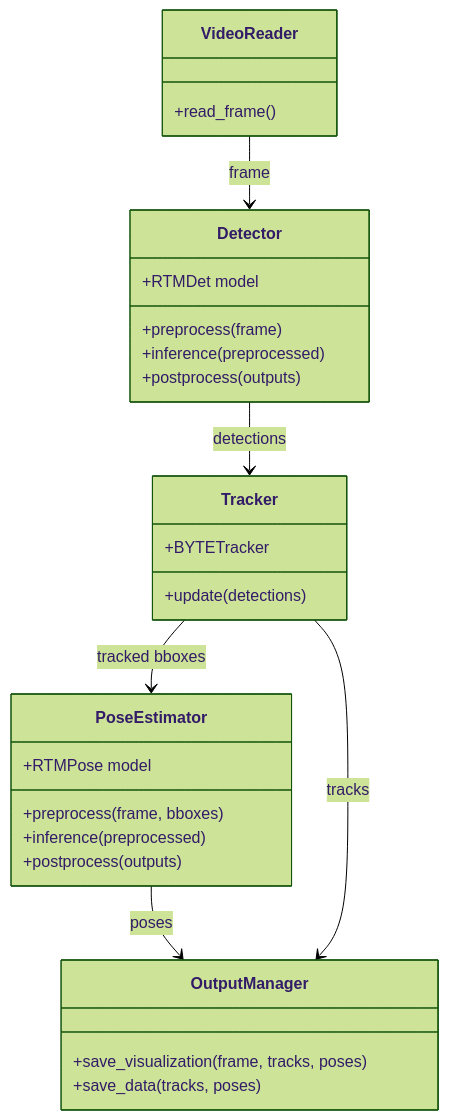
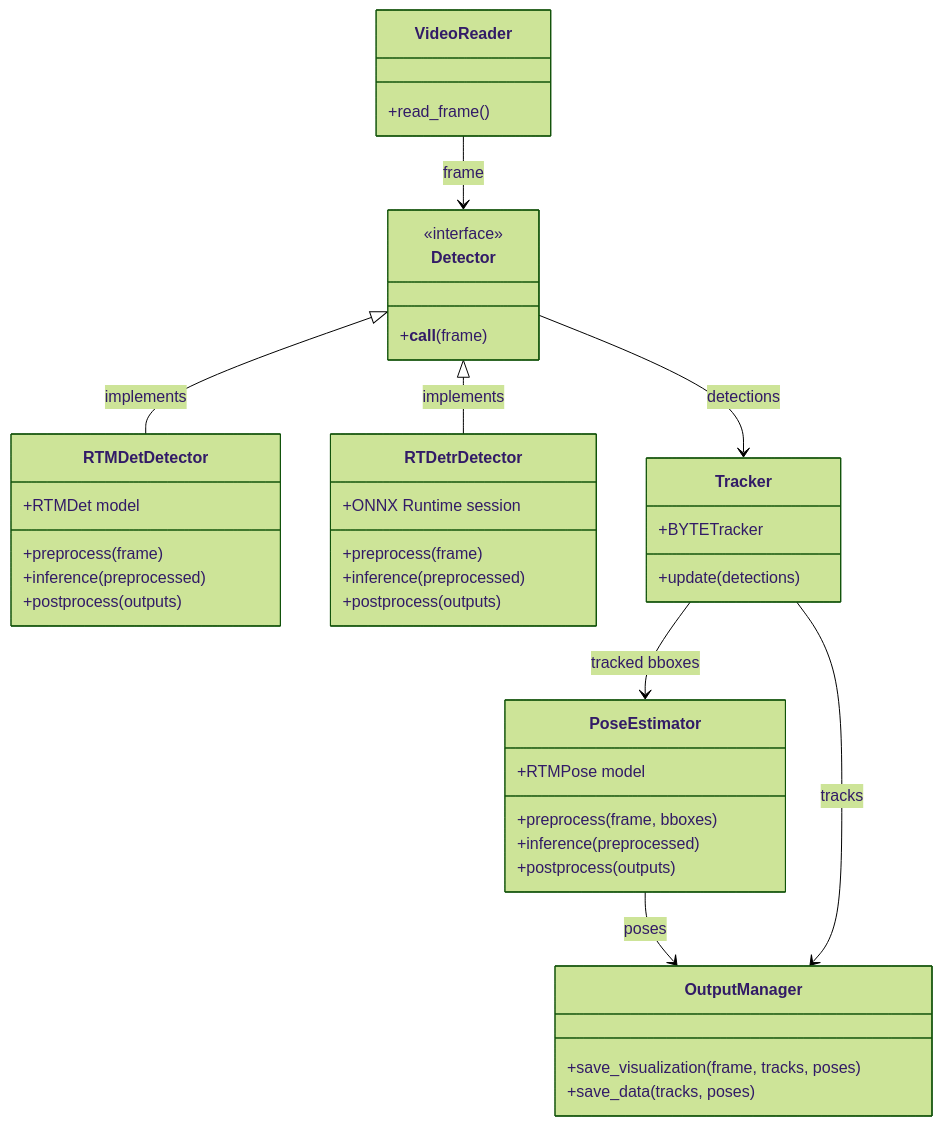
The third of 3 diagrams in memory-bank/systemPatterns.md (f-fraysse/HPE_volleyball), drawn with Mermaid (forest theme) before and after one commit. The commit also changed other lines of this file and 10 other files, not shown here.

````diff
--- a/memory-bank/systemPatterns.md
+++ b/memory-bank/systemPatterns.md
@@ -146,36 +168,50 @@
 ```mermaid
 classDiagram
     class VideoReader {
         +read_frame()
     }
-    
+
     class Detector {
+        <<interface>>
+        +__call__(frame)
+    }
+
+    class RTMDetDetector {
         +RTMDet model
         +preprocess(frame)
         +inference(preprocessed)
         +postprocess(outputs)
     }
-    
+
+    class RTDetrDetector {
+        +ONNX Runtime session
+        +preprocess(frame)
+        +inference(preprocessed)
+        +postprocess(outputs)
+    }
+
     class Tracker {
         +BYTETracker
         +update(detections)
     }
-    
+
     class PoseEstimator {
         +RTMPose model
         +preprocess(frame, bboxes)
         +inference(preprocessed)
         +postprocess(outputs)
     }
-    
+
     class OutputManager {
         +save_visualization(frame, tracks, poses)
         +save_data(tracks, poses)
     }
-    
+
     VideoReader --> Detector : frame
+    Detector <|-- RTMDetDetector : implements
+    Detector <|-- RTDetrDetector : implements
     Detector --> Tracker : detections
     Tracker --> PoseEstimator : tracked bboxes
     PoseEstimator --> OutputManager : poses
     Tracker --> OutputManager : tracks
 ```
````
